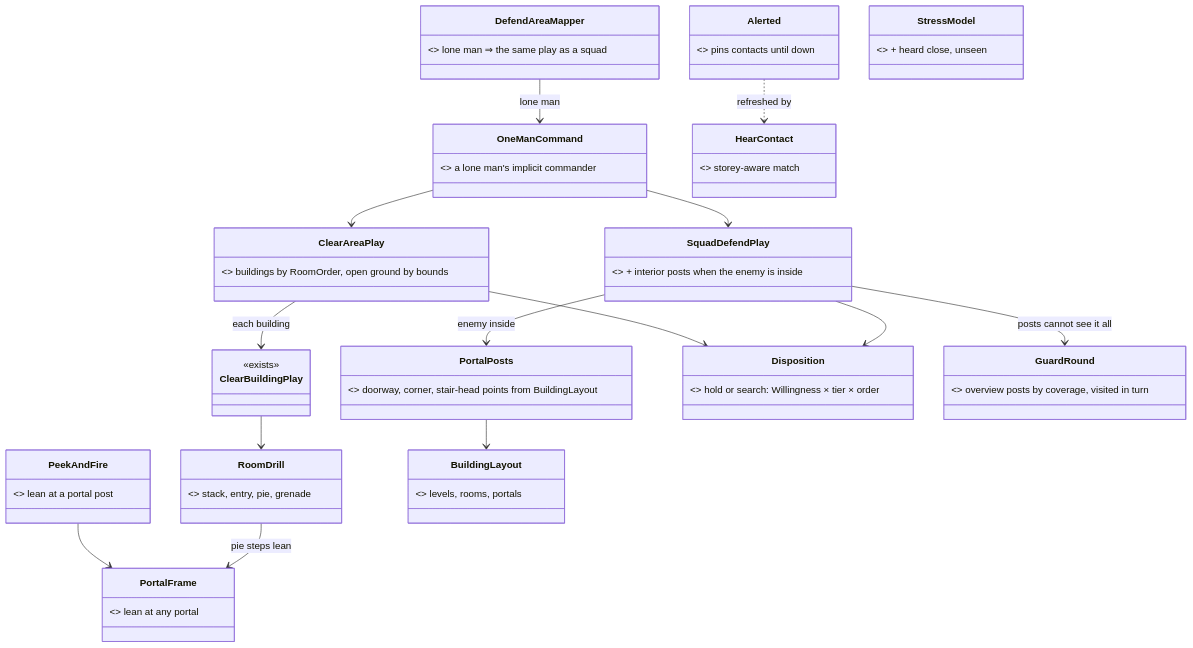
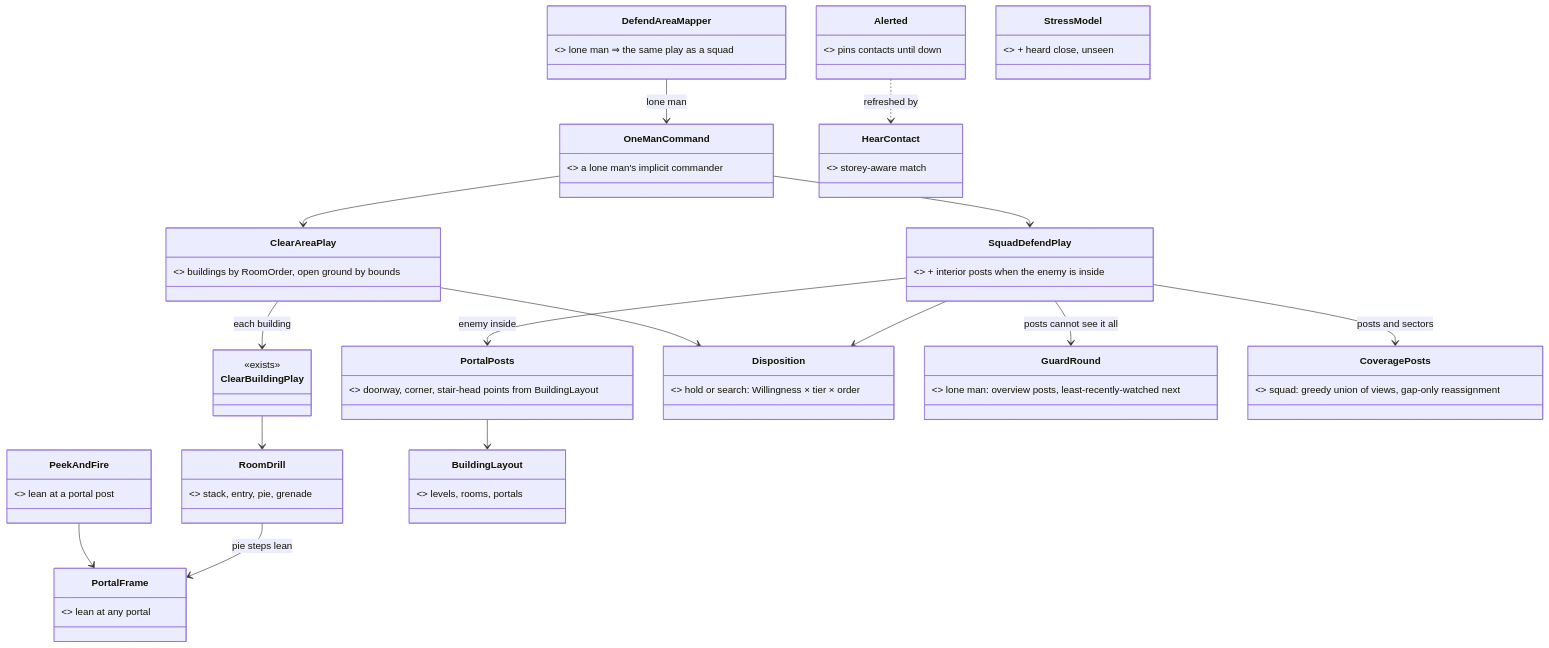
Before and after one commit to pjanec/HROT: the first of 3 diagrams in docs/blueprints/Architect_Question_104_Area_And_Building_Combat.md, drawn with Mermaid. The commit also changed other lines of this file, not shown here.

First line of the commit message:
AQ104 L: a squad guards by assignment (posts whose views union to the area, gap-only reassignment), a lone man by an ordered guard round

````diff
--- a/docs/blueprints/Architect_Question_104_Area_And_Building_Combat.md
+++ b/docs/blueprints/Architect_Question_104_Area_And_Building_Combat.md
@@ -70,31 +71,33 @@
 ```mermaid
 classDiagram
   class DefendAreaMapper { <<exists, changed>> lone man ⇒ the same play as a squad }
   class SquadDefendPlay { <<exists, changed>> + interior posts when the enemy is inside }
   class ClearAreaPlay { <<NEW>> buildings by RoomOrder, open ground by bounds }
   class ClearBuildingPlay { <<exists>> }
   class RoomDrill { <<exists>> stack, entry, pie, grenade }
   class OneManCommand { <<NEW>> a lone man's implicit commander }
   class PortalPosts { <<NEW>> doorway, corner, stair-head points from BuildingLayout }
   class PortalFrame { <<NEW, from WindowFrame>> lean at any portal }
   class PeekAndFire { <<exists, changed>> lean at a portal post }
   class Alerted { <<NEW component>> pins contacts until down }
   class StressModel { <<exists, changed>> + heard close, unseen }
   class HearContact { <<exists, changed>> storey-aware match }
   class BuildingLayout { <<exists>> levels, rooms, portals }
   class Disposition { <<NEW reader>> hold or search: Willingness × tier × order }
-  class GuardRound { <<NEW>> overview posts by coverage, visited in turn }
+  class GuardRound { <<NEW>> lone man: overview posts, least-recently-watched next }
+  class CoveragePosts { <<NEW>> squad: greedy union of views, gap-only reassignment }
+  SquadDefendPlay --> CoveragePosts : posts and sectors
   SquadDefendPlay --> GuardRound : posts cannot see it all
   DefendAreaMapper --> OneManCommand : lone man
   OneManCommand --> SquadDefendPlay
   OneManCommand --> ClearAreaPlay
   ClearAreaPlay --> ClearBuildingPlay : each building
   ClearBuildingPlay --> RoomDrill
   SquadDefendPlay --> PortalPosts : enemy inside
   PortalPosts --> BuildingLayout
   PeekAndFire --> PortalFrame
   RoomDrill --> PortalFrame : pie steps lean
   ClearAreaPlay --> Disposition
   SquadDefendPlay --> Disposition
   Alerted ..> HearContact : refreshed by
 ```
````
